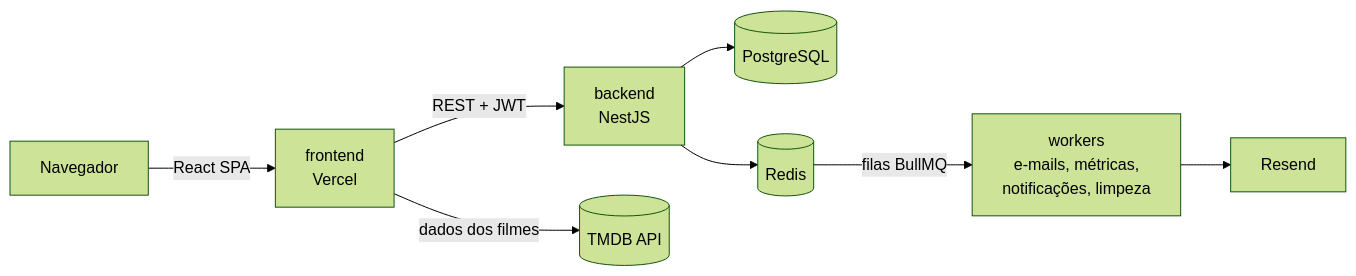
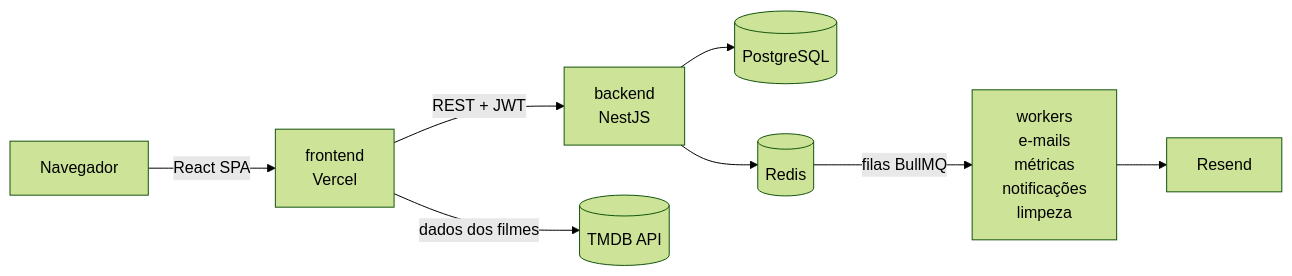
The diagram in README.md (RyannBenjamim/topflop), drawn with Mermaid (forest theme) before and after one commit.

````diff
--- a/README.md
+++ b/README.md
@@ -46,10 +46,10 @@
 ```mermaid
 flowchart LR
     U[Navegador] -->|React SPA| F[frontend<br/>Vercel]
     F -->|REST + JWT| B[backend<br/>NestJS]
     F -->|dados dos filmes| T[(TMDB API)]
     B --> P[(PostgreSQL)]
     B --> R[(Redis)]
-    R -->|filas BullMQ| W[workers<br/>e-mails, métricas,<br/>notificações, limpeza]
+    R -->|filas BullMQ| W["workers<br/>e-mails<br/>métricas<br/>notificações<br/>limpeza"]
     W --> E[Resend]
 ```
````
